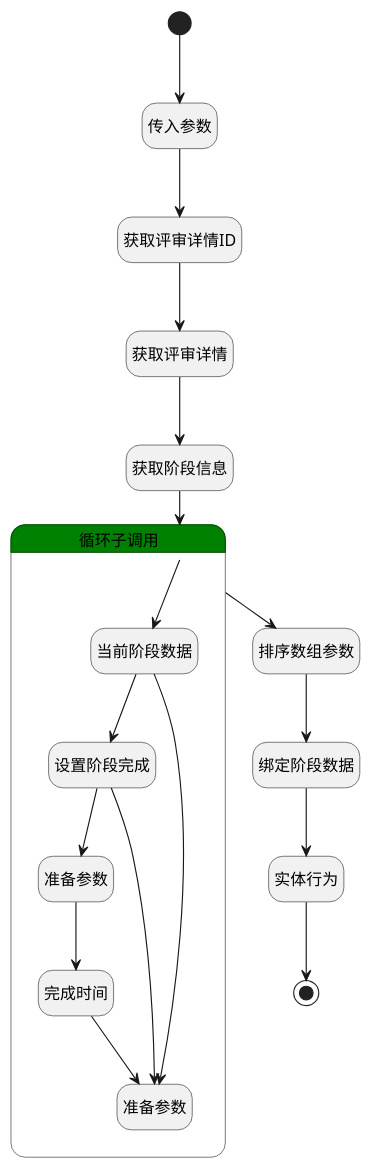
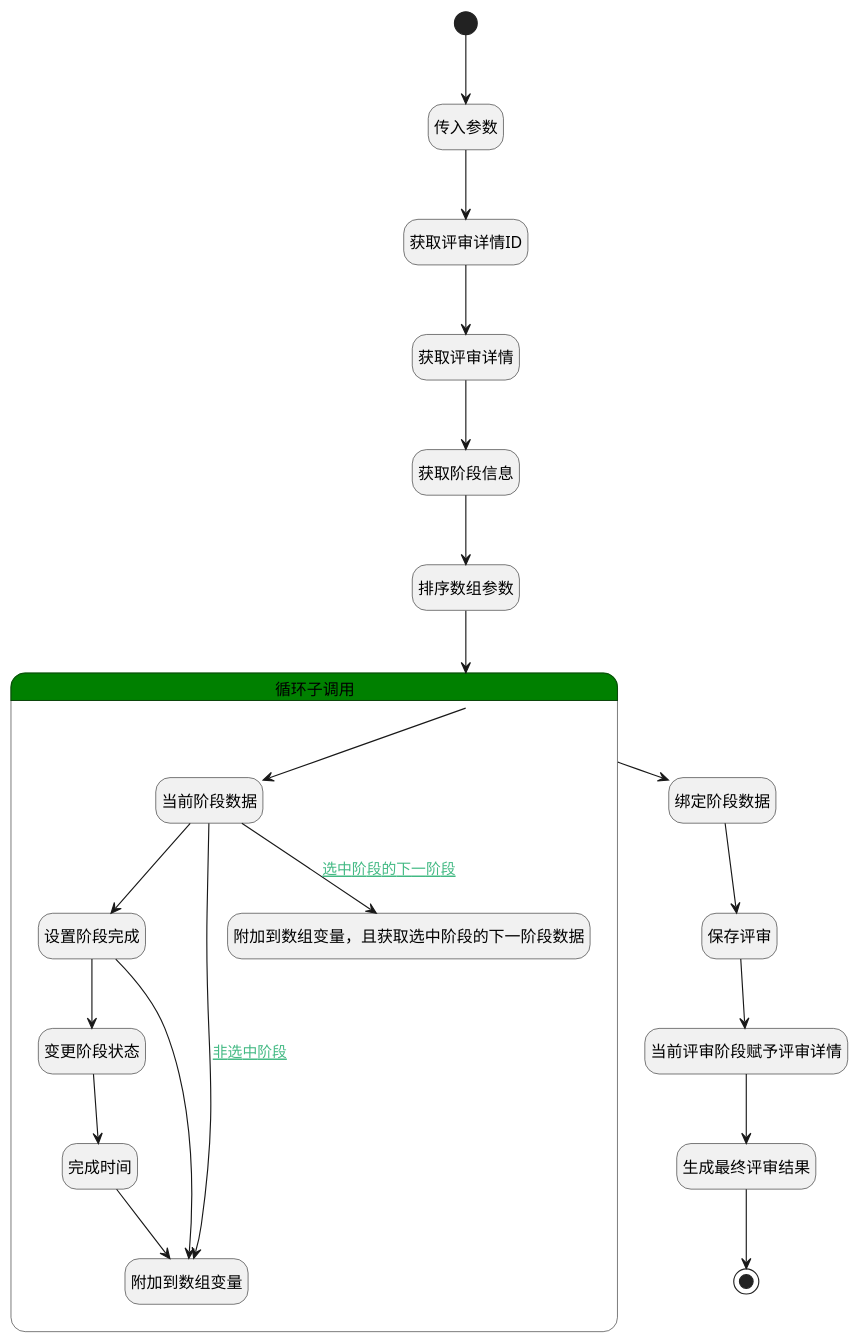
One commit to iBizLab/plm changed the diagram in doc/docsify/module/TestMgmt/review_content/logic/complete_review.md. Above: the diagram before and after it, drawn with PlantUML. The commit also changed other lines of this file and 2688 other files, not shown here.

````diff
--- a/doc/docsify/module/TestMgmt/review_content/logic/complete_review.md
+++ b/doc/docsify/module/TestMgmt/review_content/logic/complete_review.md
@@ -7,48 +7,54 @@
 ```plantuml
 @startuml
 hide empty description
 <style>
 root {
   HyperlinkColor #42b983
 }
 </style>
 
 hide empty description
 state "开始" as Begin <<start>> [[$./complete_review#begin {"开始"}]]
 state "结束" as END1 <<end>> [[$./complete_review#end1 {"结束"}]]
 state "传入参数" as DEBUGPARAM1  [[$./complete_review#debugparam1 {"传入参数"}]]
 state "获取评审详情ID" as PREPAREPARAM1  [[$./complete_review#prepareparam1 {"获取评审详情ID"}]]
 state "获取评审详情" as DEACTION1  [[$./complete_review#deaction1 {"获取评审详情"}]]
 state "获取阶段信息" as PREPAREPARAM2  [[$./complete_review#prepareparam2 {"获取阶段信息"}]]
 state "排序数组参数" as SORTPARAM1  [[$./complete_review#sortparam1 {"排序数组参数"}]]
 state "绑定阶段数据" as PREPAREPARAM5  [[$./complete_review#prepareparam5 {"绑定阶段数据"}]]
-state "实体行为" as DEACTION2  [[$./complete_review#deaction2 {"实体行为"}]]
+state "保存评审" as DEACTION2  [[$./complete_review#deaction2 {"保存评审"}]]
+state "当前评审阶段赋予评审详情" as PREPAREPARAM7  [[$./complete_review#prepareparam7 {"当前评审阶段赋予评审详情"}]]
+state "生成最终评审结果" as DELOGIC1  [[$./complete_review#delogic1 {"生成最终评审结果"}]]
 state "循环子调用" as LOOPSUBCALL1  [[$./complete_review#loopsubcall1 {"循环子调用"}]] #green {
 state "当前阶段数据" as DEBUGPARAM2  [[$./complete_review#debugparam2 {"当前阶段数据"}]]
 state "设置阶段完成" as PREPAREPARAM3  [[$./complete_review#prepareparam3 {"设置阶段完成"}]]
-state "准备参数" as PREPAREPARAM6  [[$./complete_review#prepareparam6 {"准备参数"}]]
+state "变更阶段状态" as PREPAREPARAM6  [[$./complete_review#prepareparam6 {"变更阶段状态"}]]
 state "完成时间" as RAWSFCODE1  [[$./complete_review#rawsfcode1 {"完成时间"}]]
-state "准备参数" as PREPAREPARAM4  [[$./complete_review#prepareparam4 {"准备参数"}]]
+state "附加到数组变量" as PREPAREPARAM4  [[$./complete_review#prepareparam4 {"附加到数组变量"}]]
+state "附加到数组变量，且获取选中阶段的下一阶段数据" as PREPAREPARAM8  [[$./complete_review#prepareparam8 {"附加到数组变量，且获取选中阶段的下一阶段数据"}]]
 }
 
 
 Begin --> DEBUGPARAM1
 DEBUGPARAM1 --> PREPAREPARAM1
 PREPAREPARAM1 --> DEACTION1
 DEACTION1 --> PREPAREPARAM2
-PREPAREPARAM2 --> LOOPSUBCALL1
-LOOPSUBCALL1 --> SORTPARAM1
-SORTPARAM1 --> PREPAREPARAM5
+PREPAREPARAM2 --> SORTPARAM1
+SORTPARAM1 --> LOOPSUBCALL1
+LOOPSUBCALL1 --> PREPAREPARAM5
 PREPAREPARAM5 --> DEACTION2
-DEACTION2 --> END1
+DEACTION2 --> PREPAREPARAM7
+PREPAREPARAM7 --> DELOGIC1
+DELOGIC1 --> END1
 LOOPSUBCALL1 --> DEBUGPARAM2
 DEBUGPARAM2 --> PREPAREPARAM3
 PREPAREPARAM3 --> PREPAREPARAM6
 PREPAREPARAM6 --> RAWSFCODE1
 RAWSFCODE1 --> PREPAREPARAM4
 PREPAREPARAM3 --> PREPAREPARAM4
-DEBUGPARAM2 --> PREPAREPARAM4
+DEBUGPARAM2 --> PREPAREPARAM4 : [[$./complete_review#debugparam2-prepareparam4{非选中阶段} 非选中阶段]]
+DEBUGPARAM2 --> PREPAREPARAM8 : [[$./complete_review#debugparam2-prepareparam8{选中阶段的下一阶段} 选中阶段的下一阶段]]
 
 
 @enduml
 ```
````
